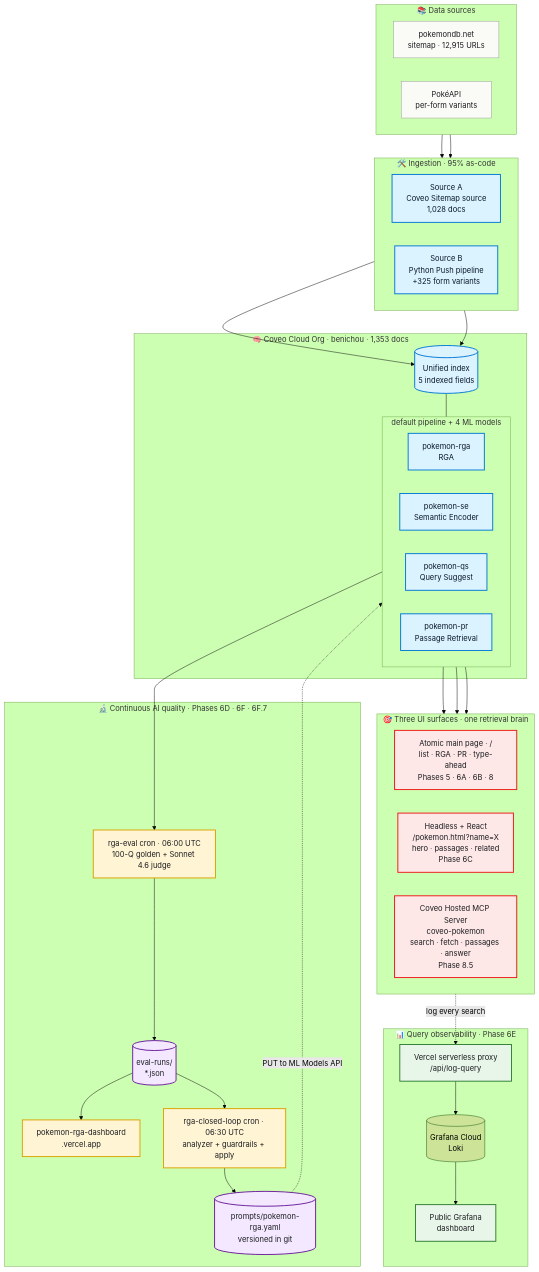
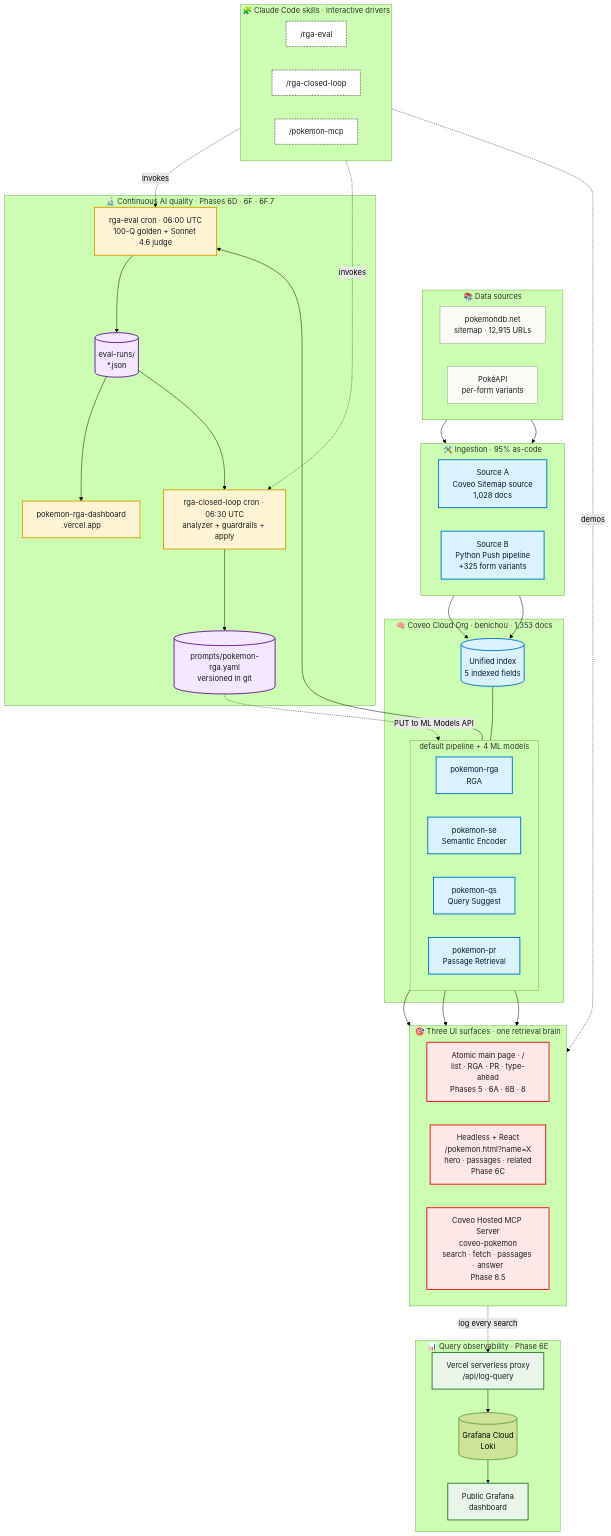
One commit to benichou/coveo-pokemon-challenge changed the first of 3 diagrams in README.md. Above: the diagram before and after it, drawn with Mermaid (forest theme). The commit also changed other lines of this file, not shown here.

Commit message:
docs: skill nodes in flowchart, tech stack badges, two sequence diagrams, expand narratives

````diff
--- a/README.md
+++ b/README.md
@@ -128,6 +128,16 @@
     end
 
     %% ===========================================
+    %% Claude Code skills (interactive drivers)
+    %% ===========================================
+    subgraph skills["🧩 Claude Code skills · interactive drivers"]
+        direction LR
+        SK_EVAL["/rga-eval"]
+        SK_LOOP["/rga-closed-loop"]
+        SK_MCP["/pokemon-mcp"]
+    end
+
+    %% ===========================================
     %% Inter-zone connections
     %% ===========================================
     PDB --> SRC_A
@@ -144,6 +154,13 @@
     RGA --> EVAL
     PROMPT -. PUT to ML Models API .-> RGA
 
+    %% Skill drivers — each skill is an interactive entry point into
+    %% one part of the architecture (the same code paths the daily
+    %% crons + the live UIs use, just human-triggered)
+    SK_EVAL -. invokes .-> EVAL
+    SK_LOOP -. invokes .-> LOOP
+    SK_MCP -. demos .-> MCP_UI
+
     %% ===========================================
     %% Styling
     %% ===========================================
@@ -153,6 +170,7 @@
     classDef qualNode fill:#fff4d4,stroke:#d9a200,stroke-width:2px,color:#1c1d21
     classDef obsNode fill:#e8f5e9,stroke:#2e7d32,stroke-width:2px,color:#1c1d21
     classDef storeNode fill:#f3e8ff,stroke:#6a1b9a,stroke-width:2px,color:#1c1d21
+    classDef skillNode fill:#fff,stroke:#1c1d21,stroke-width:1px,stroke-dasharray: 4 2,color:#1c1d21
 
     class PDB,PKAPI extNode
     class SRC_A,SRC_B,IDX,RGA,SE,QS,PR coveoNode
@@ -160,4 +178,5 @@
     class EVAL,LOOP,DASH qualNode
     class PROXY,GRAF obsNode
     class RUNS,PROMPT storeNode
+    class SK_EVAL,SK_LOOP,SK_MCP skillNode
 ```
````
